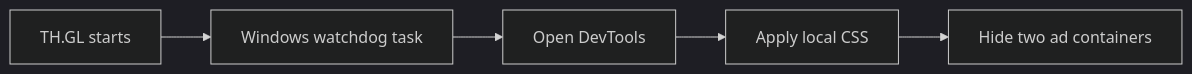
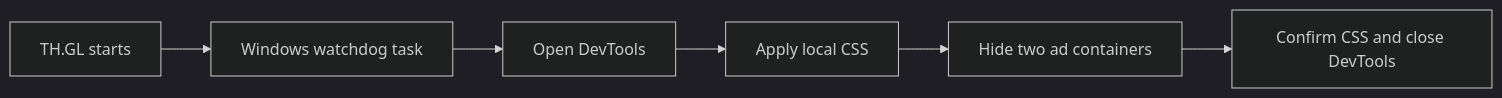
One commit to Kubuzer/thgl-clean-layout changed the diagram in README.md. Above: the diagram before and after it, drawn with Mermaid (dark theme). The commit also changed other lines of this file and 3 other files, not shown here.

Commit message:
Close THGL DevTools only after confirming loaded override CSS

````diff
--- a/README.md
+++ b/README.md
@@ -72,7 +72,8 @@
 ```mermaid
 flowchart LR
     A[TH.GL starts] --> B[Windows watchdog task]
     B --> C[Open DevTools]
     C --> D[Apply local CSS]
     D --> E[Hide two ad containers]
+    E --> F[Confirm CSS and close DevTools]
 ```
````
